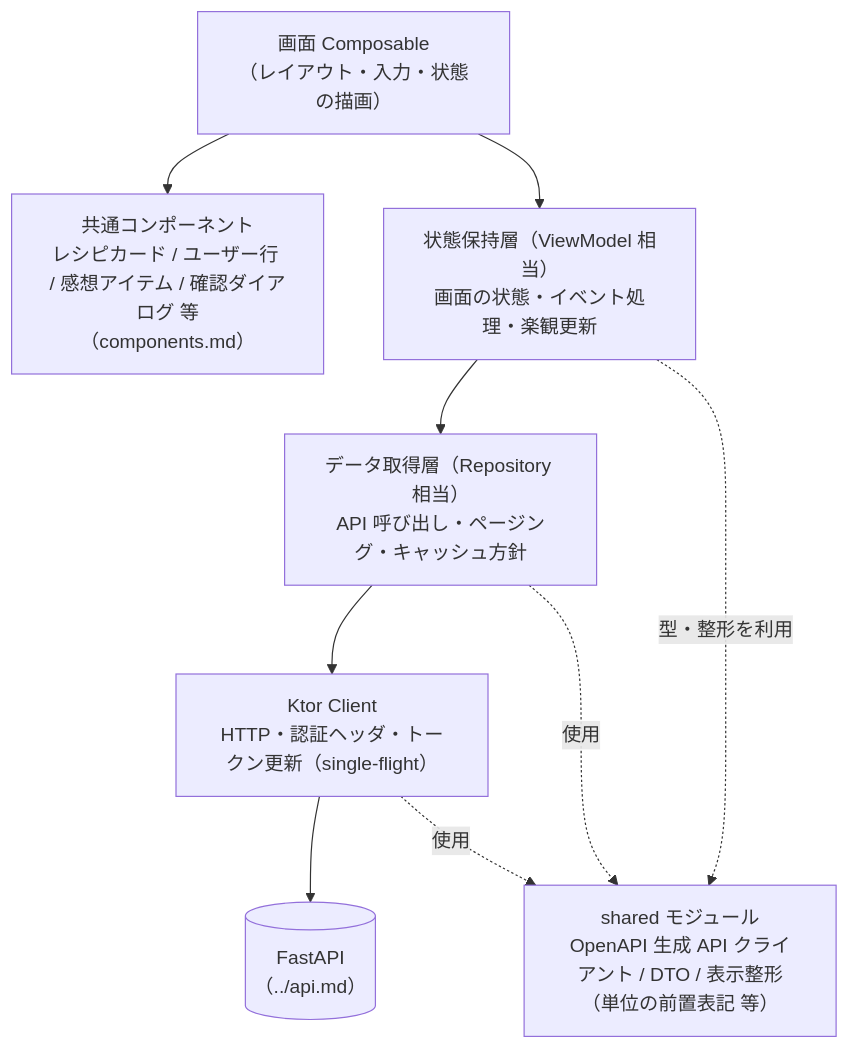
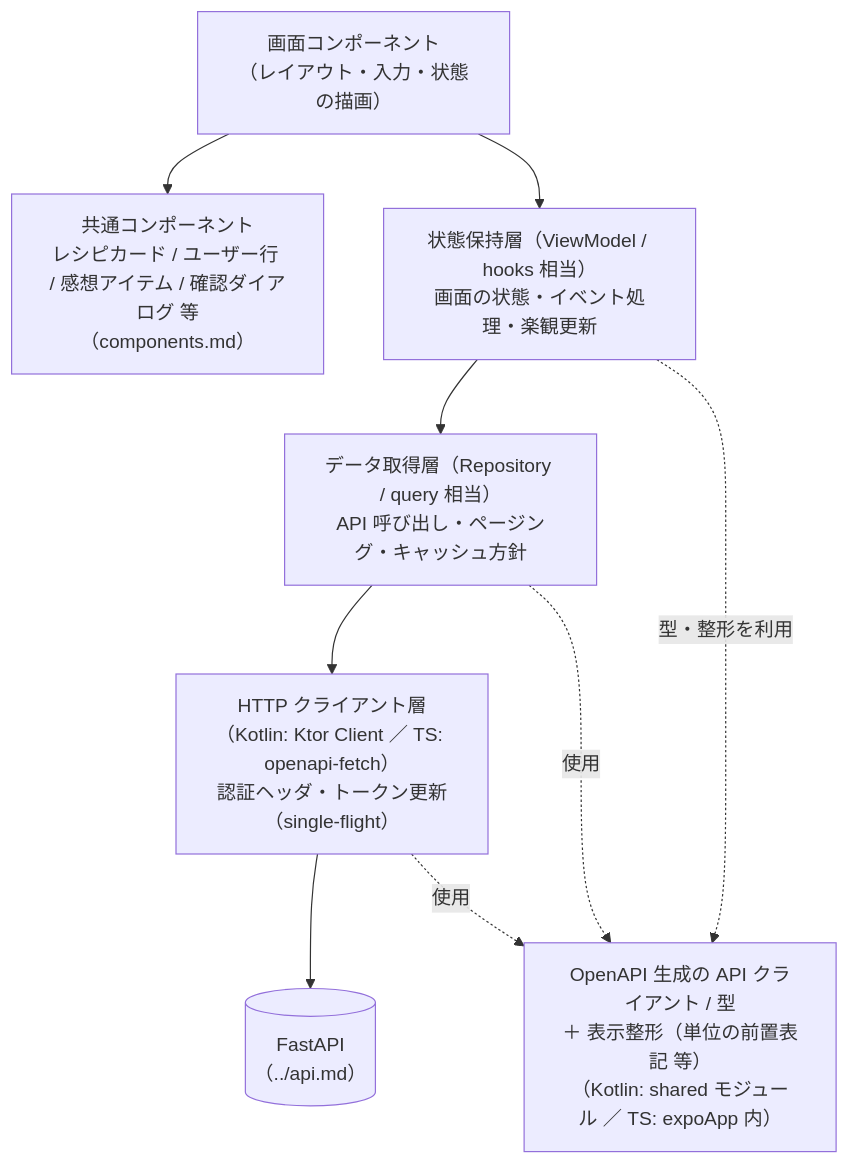
One commit to yamamotonaoki3/Recipi changed the second of 2 diagrams in docs/requirements/screens/navigation.md. Above: the diagram before and after it, drawn with Mermaid. The commit also changed other lines of this file and 10 other files, not shown here.

````diff
--- a/docs/requirements/screens/navigation.md
+++ b/docs/requirements/screens/navigation.md
@@ -69,13 +71,13 @@
 ```mermaid
 flowchart TD
-    Screen["画面 Composable<br/>（レイアウト・入力・状態の描画）"]
+    Screen["画面コンポーネント<br/>（レイアウト・入力・状態の描画）"]
     Screen --> Common["共通コンポーネント<br/>レシピカード / ユーザー行 / 感想アイテム / 確認ダイアログ 等<br/>（components.md）"]
-    Screen --> State["状態保持層（ViewModel 相当）<br/>画面の状態・イベント処理・楽観更新"]
-    State --> Data["データ取得層（Repository 相当）<br/>API 呼び出し・ページング・キャッシュ方針"]
-    Data --> KtorClient["Ktor Client<br/>HTTP・認証ヘッダ・トークン更新（single-flight）"]
-    KtorClient --> Api[("FastAPI<br/>（../api.md）")]
+    Screen --> State["状態保持層（ViewModel / hooks 相当）<br/>画面の状態・イベント処理・楽観更新"]
+    State --> Data["データ取得層（Repository / query 相当）<br/>API 呼び出し・ページング・キャッシュ方針"]
+    Data --> Http["HTTP クライアント層<br/>（Kotlin: Ktor Client ／ TS: openapi-fetch）<br/>認証ヘッダ・トークン更新（single-flight）"]
+    Http --> Api[("FastAPI<br/>（../api.md）")]
 
-    State -. 型・整形を利用 .-> Shared["shared モジュール<br/>OpenAPI 生成 API クライアント / DTO / 表示整形（単位の前置表記 等）"]
-    Data -. 使用 .-> Shared
-    KtorClient -. 使用 .-> Shared
+    State -. 型・整形を利用 .-> Gen["OpenAPI 生成の API クライアント / 型<br/>＋ 表示整形（単位の前置表記 等）<br/>（Kotlin: shared モジュール ／ TS: expoApp 内）"]
+    Data -. 使用 .-> Gen
+    Http -. 使用 .-> Gen
 ```
````
